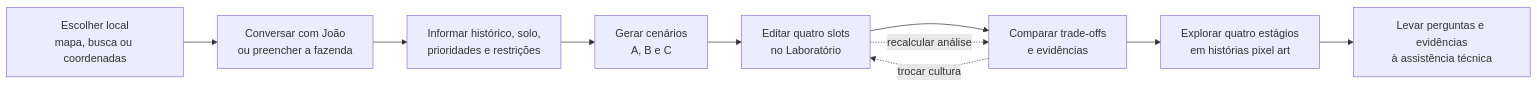
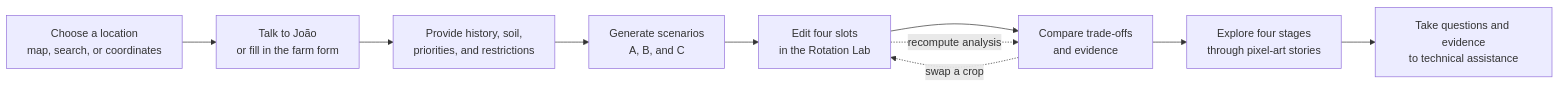
Before and after one commit to Gustavo-Cruzz/Nasa2026-Pos-Resenha: the first of 5 diagrams in README.md, drawn with Mermaid. The commit also changed other lines of this file and 1 other file, not shown here.

````diff
--- a/README.md
+++ b/README.md
@@ -65,13 +65,13 @@
 ```mermaid
 flowchart LR
-    A[Escolher local<br/>mapa, busca ou coordenadas] --> B[Conversar com João<br/>ou preencher a fazenda]
-    B --> C[Informar histórico, solo,<br/>prioridades e restrições]
-    C --> D[Gerar cenários<br/>A, B e C]
-    D --> E[Editar quatro slots<br/>no Laboratório]
-    E --> F[Comparar trade-offs<br/>e evidências]
-    F --> G[Explorar quatro estágios<br/>em histórias pixel art]
-    G --> H[Levar perguntas e evidências<br/>à assistência técnica]
+    A[Choose a location<br/>map, search, or coordinates] --> B[Talk to João<br/>or fill in the farm form]
+    B --> C[Provide history, soil,<br/>priorities, and restrictions]
+    C --> D[Generate scenarios<br/>A, B, and C]
+    D --> E[Edit four slots<br/>in the Rotation Lab]
+    E --> F[Compare trade-offs<br/>and evidence]
+    F --> G[Explore four stages<br/>through pixel-art stories]
+    G --> H[Take questions and evidence<br/>to technical assistance]
 
-    F -. trocar cultura .-> E
-    E -. recalcular análise .-> F
+    F -. swap a crop .-> E
+    E -. recompute analysis .-> F
 ```
````
